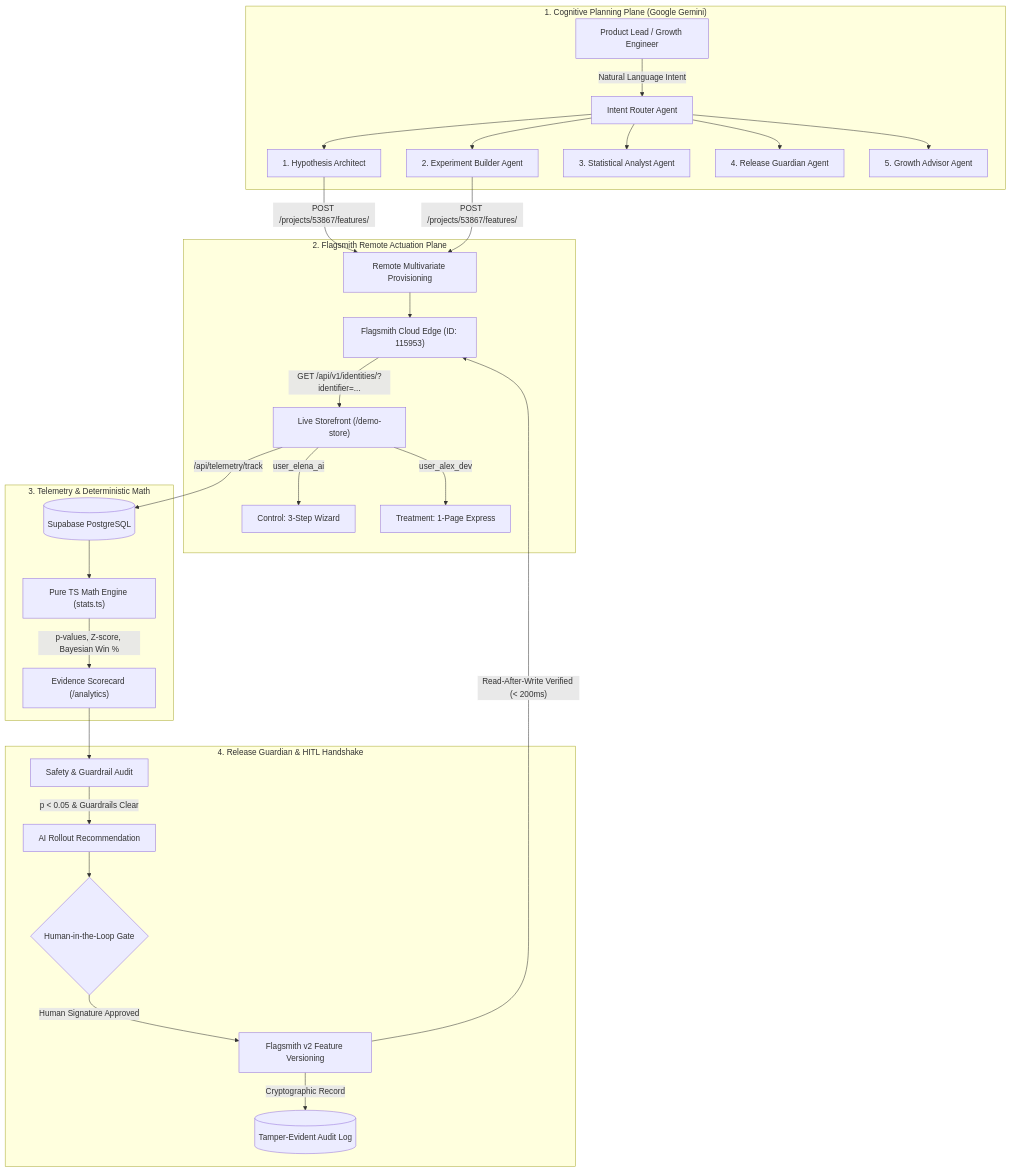
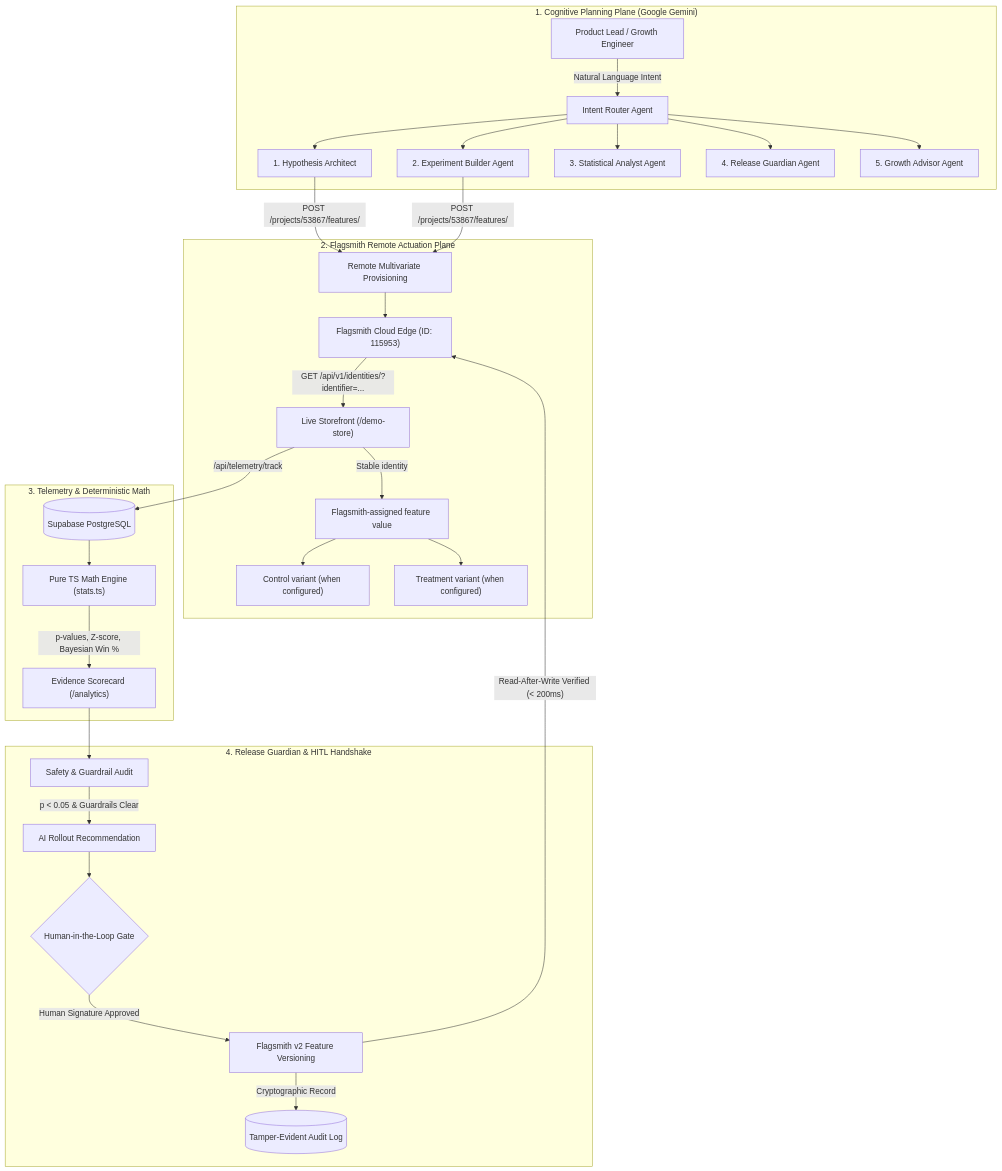
The diagram in README.md (Shubhamver45/PulsePilot), drawn with Mermaid before and after one commit. The commit also changed other lines of this file, not shown here.

Commit message:
docs: align competition claims with verified live Flagsmith state

````diff
--- a/README.md
+++ b/README.md
@@ -48,34 +58,35 @@
 ```mermaid
 flowchart TD
     subgraph PlanningPlane["1. Cognitive Planning Plane (Google Gemini)"]
       User["Product Lead / Growth Engineer"] -->|"Natural Language Intent"| Dispatcher["Intent Router Agent"]
       Dispatcher --> Strategy["1. Hypothesis Architect"]
       Dispatcher --> Builder["2. Experiment Builder Agent"]
       Dispatcher --> Analytics["3. Statistical Analyst Agent"]
       Dispatcher --> Guardian["4. Release Guardian Agent"]
       Dispatcher --> Advisor["5. Growth Advisor Agent"]
     end
 
     subgraph ActuationPlane["2. Flagsmith Remote Actuation Plane"]
       Strategy & Builder -->|"POST /projects/53867/features/"| FS_Create["Remote Multivariate Provisioning"]
       FS_Create --> FS_Edge["Flagsmith Cloud Edge (ID: 115953)"]
       FS_Edge -->|"GET /api/v1/identities/?identifier=..."| Store["Live Storefront (/demo-store)"]
-      Store -->|"user_elena_ai"| V_Control["Control: 3-Step Wizard"]
-      Store -->|"user_alex_dev"| V_Treatment["Treatment: 1-Page Express"]
+      Store -->|"Stable identity"| V_Assignment["Flagsmith-assigned feature value"]
+      V_Assignment --> V_Control["Control variant (when configured)"]
+      V_Assignment --> V_Treatment["Treatment variant (when configured)"]
     end
 
     subgraph TelemetryPlane["3. Telemetry & Deterministic Math"]
       Store -->|"/api/telemetry/track"| DB[(Supabase PostgreSQL)]
       DB --> MathEngine["Pure TS Math Engine (stats.ts)"]
       MathEngine -->|"p-values, Z-score, Bayesian Win %"| Scorecard["Evidence Scorecard (/analytics)"]
     end
 
     subgraph GovernancePlane["4. Release Guardian & HITL Handshake"]
       Scorecard --> GuardianCheck["Safety & Guardrail Audit"]
       GuardianCheck -->|"p < 0.05 & Guardrails Clear"| Rec["AI Rollout Recommendation"]
       Rec --> HITL{"Human-in-the-Loop Gate"}
       HITL -->|"Human Signature Approved"| FS_Mutate["Flagsmith v2 Feature Versioning"]
       FS_Mutate -->|"Read-After-Write Verified (< 200ms)"| FS_Edge
       FS_Mutate -->|"Cryptographic Record"| Audit[(Tamper-Evident Audit Log)]
     end
 ```
````
